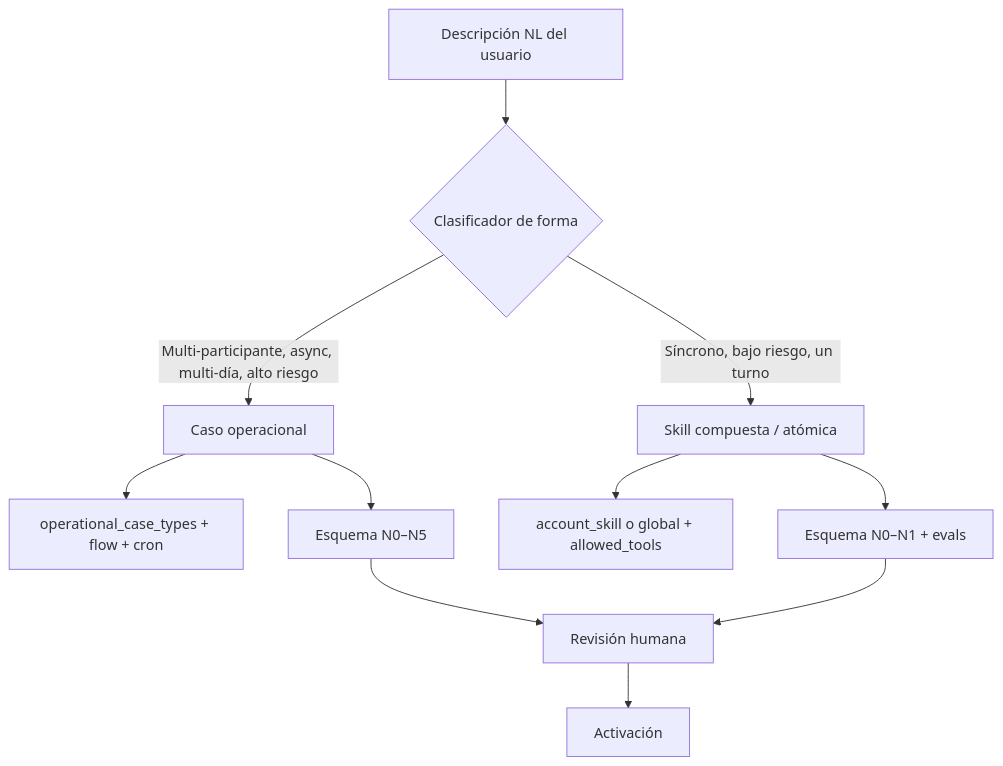
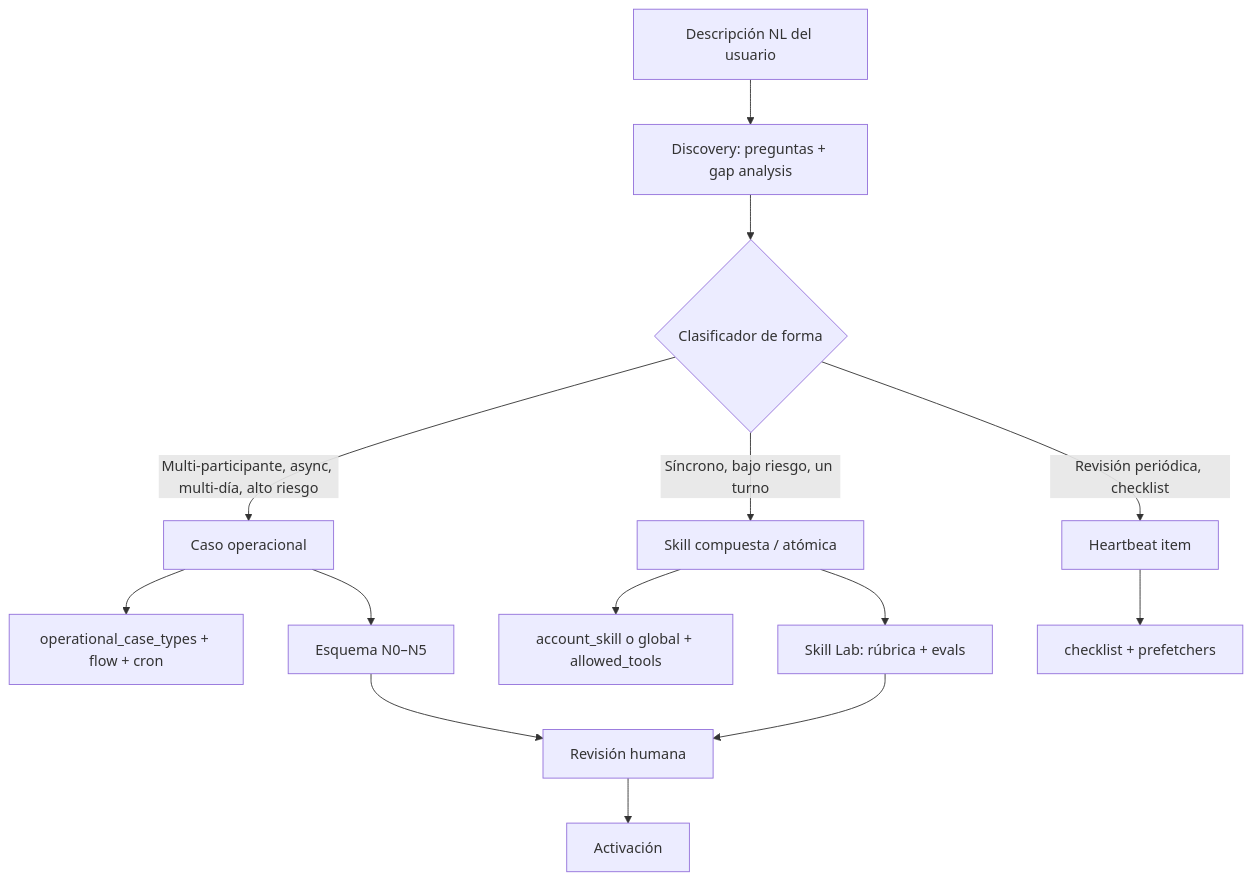
Before and after one commit to janotowers/10x-builders-agent: the first of 2 diagrams in docs/operational-cases/use-case-authoring-vision.md, drawn with Mermaid. The commit also changed other lines of this file and 12 other files, not shown here.

First line of the commit message:
docs: align readiness with GStack principles and Skill Lab

````diff
--- a/docs/operational-cases/use-case-authoring-vision.md
+++ b/docs/operational-cases/use-case-authoring-vision.md
@@ -49,13 +52,16 @@
 ```mermaid
 flowchart TD
-  NL[Descripción NL del usuario] --> Q{Clasificador de forma}
+  NL[Descripción NL del usuario] --> DIS[Discovery: preguntas + gap analysis]
+  DIS --> Q{Clasificador de forma}
   Q -->|Multi-participante, async, multi-día, alto riesgo| OC[Caso operacional]
   Q -->|Síncrono, bajo riesgo, un turno| SK[Skill compuesta / atómica]
+  Q -->|Revisión periódica, checklist| HB[Heartbeat item]
   OC --> OCT[operational_case_types + flow + cron]
   SK --> SKT[account_skill o global + allowed_tools]
+  HB --> HBT[checklist + prefetchers]
   OC --> TST[Esquema N0–N5]
-  SK --> TST2[Esquema N0–N1 + evals]
+  SK --> TST2[Skill Lab: rúbrica + evals]
   TST --> REV[Revisión humana]
   TST2 --> REV
   REV --> ACT[Activación]
 ```
````
